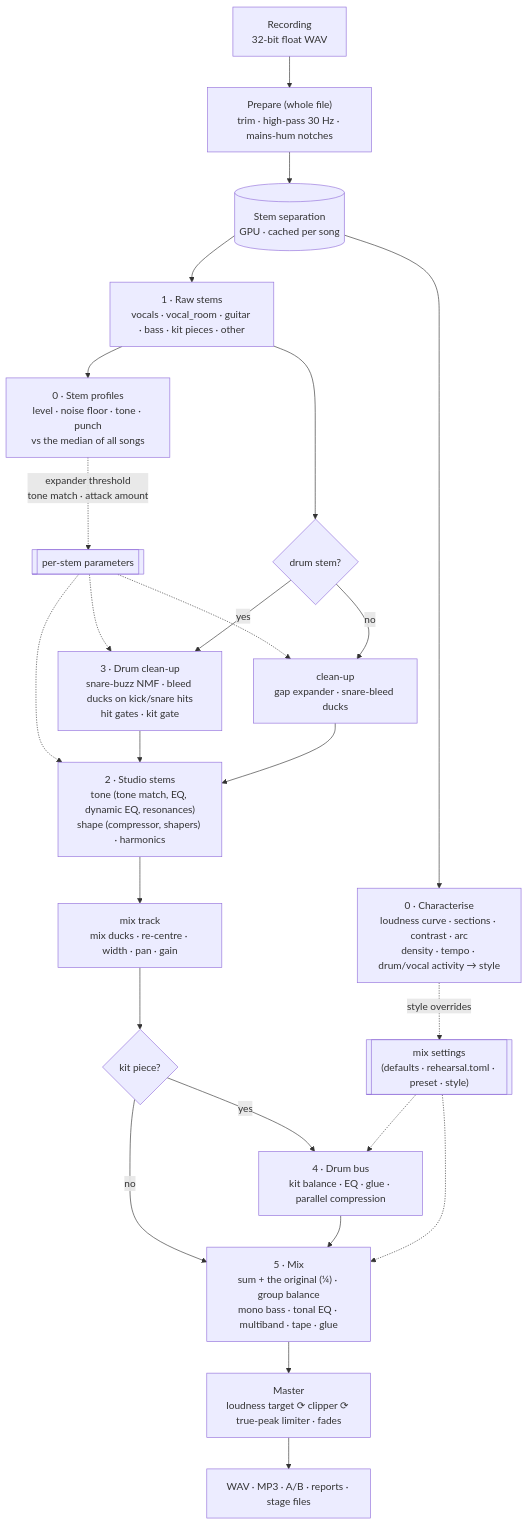
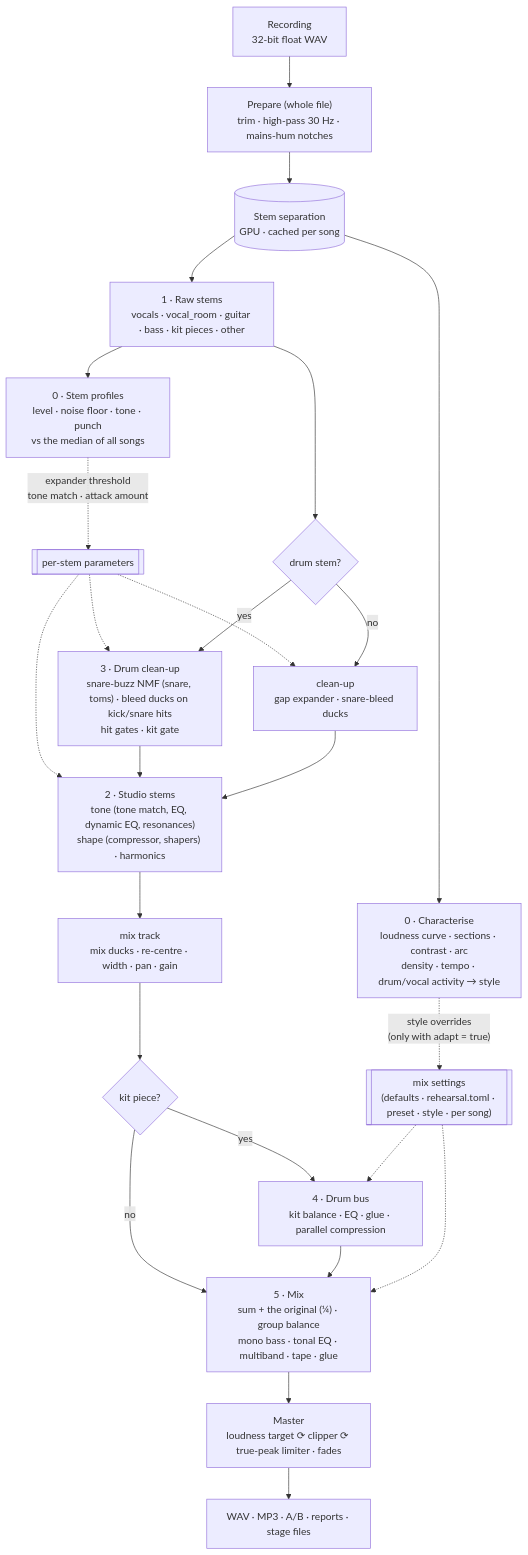
One commit to desmoteo/mooz changed the first of 5 diagrams in docs/DESIGN.md. Above: the diagram before and after it, drawn with Mermaid. The commit also changed other lines of this file and 4 other files, not shown here.

First line of the commit message:
The approved configuration becomes the default; docs brought in line; snare-buzz assessment

````diff
--- a/docs/DESIGN.md
+++ b/docs/DESIGN.md
@@ -32,25 +32,25 @@
 ```mermaid
 flowchart TD
     REC["Recording<br/>32-bit float WAV"] --> PREP["Prepare (whole file)<br/>trim · high-pass 30 Hz · mains-hum notches"]
     PREP --> SEP[("Stem separation<br/>GPU · cached per song")]
     SEP --> S0["0 · Characterise<br/>loudness curve · sections · contrast · arc<br/>density · tempo · drum/vocal activity → style"]
-    S0 -. "style overrides" .-> SET[["mix settings<br/>(defaults · rehearsal.toml · preset · style)"]]
+    S0 -. "style overrides<br/>(only with adapt = true)" .-> SET[["mix settings<br/>(defaults · rehearsal.toml · preset · style · per song)"]]
     SEP --> S1["1 · Raw stems<br/>vocals · vocal_room · guitar · bass · kit pieces · other"]
     S1 --> PR["0 · Stem profiles<br/>level · noise floor · tone · punch<br/>vs the median of all songs"]
     PR -. "expander threshold<br/>tone match · attack amount" .-> PAR[["per-stem parameters"]]
     PAR -.-> CL & S3 & S2
     S1 --> Q1{"drum stem?"}
-    Q1 -- yes --> S3["3 · Drum clean-up<br/>snare-buzz NMF · bleed ducks on kick/snare hits<br/>hit gates · kit gate"]
+    Q1 -- yes --> S3["3 · Drum clean-up<br/>snare-buzz NMF (snare, toms) · bleed ducks on kick/snare hits<br/>hit gates · kit gate"]
     Q1 -- no --> CL["clean-up<br/>gap expander · snare-bleed ducks"]
     S3 --> S2["2 · Studio stems<br/>tone (tone match, EQ, dynamic EQ, resonances)<br/>shape (compressor, shapers) · harmonics"]
     CL --> S2
     S2 --> MT["mix track<br/>mix ducks · re-centre · width · pan · gain"]
     MT --> Q2{"kit piece?"}
     Q2 -- yes --> S4["4 · Drum bus<br/>kit balance · EQ · glue · parallel compression"]
     Q2 -- no --> S5
     S4 --> S5["5 · Mix<br/>sum + the original (¼) · group balance<br/>mono bass · tonal EQ · multiband · tape · glue"]
     SET -.-> S4
     SET -.-> S5
     S5 --> MA["Master<br/>loudness target ⟳ clipper ⟳ true-peak limiter · fades"]
     MA --> OUT["WAV · MP3 · A/B · reports · stage files"]
 ```
````
